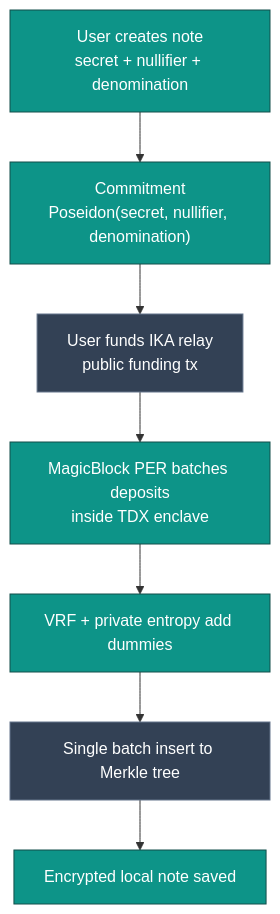
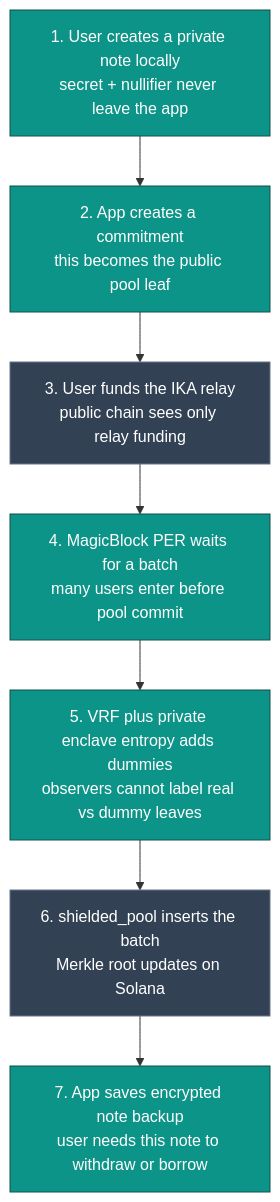
One commit to cryptosingheth/shieldlend changed the second of 8 diagrams in docs/VISUAL_FLOWS.md. Above: the diagram before and after it, drawn with Mermaid. The commit also changed other lines of this file and 9 other files, not shown here.

Commit message:
docs: consolidate solana architecture docs

````diff
--- a/docs/VISUAL_FLOWS.md
+++ b/docs/VISUAL_FLOWS.md
@@ -39,15 +51,16 @@
 ```mermaid
 flowchart TD
-    classDef privacy fill:#0d9488,stroke:#134e4a,color:#fff
+    classDef private fill:#0d9488,stroke:#134e4a,color:#fff
     classDef public fill:#334155,stroke:#64748b,color:#fff
+    classDef safety fill:#b45309,stroke:#92400e,color:#fff
 
-    A["User creates note\nsecret + nullifier + denomination"]:::privacy
-    B["Commitment\nPoseidon(secret, nullifier, denomination)"]:::privacy
-    C["User funds IKA relay\npublic funding tx"]:::public
-    D["MagicBlock PER batches deposits\ninside TDX enclave"]:::privacy
-    E["VRF + private entropy add dummies"]:::privacy
-    F["Single batch insert to Merkle tree"]:::public
-    G["Encrypted local note saved"]:::privacy
+    A["1. User creates a private note locally<br/>secret + nullifier never leave the app"]:::private
+    B["2. App creates a commitment<br/>this becomes the public pool leaf"]:::private
+    C["3. User funds the IKA relay<br/>public chain sees only relay funding"]:::public
+    D["4. MagicBlock PER waits for a batch<br/>many users enter before pool commit"]:::private
+    E["5. VRF plus private enclave entropy adds dummies<br/>observers cannot label real vs dummy leaves"]:::private
+    F["6. shielded_pool inserts the batch<br/>Merkle root updates on Solana"]:::public
+    G["7. App saves encrypted note backup<br/>user needs this note to withdraw or borrow"]:::private
 
     A --> B --> C --> D --> E --> F --> G
 ```
````
